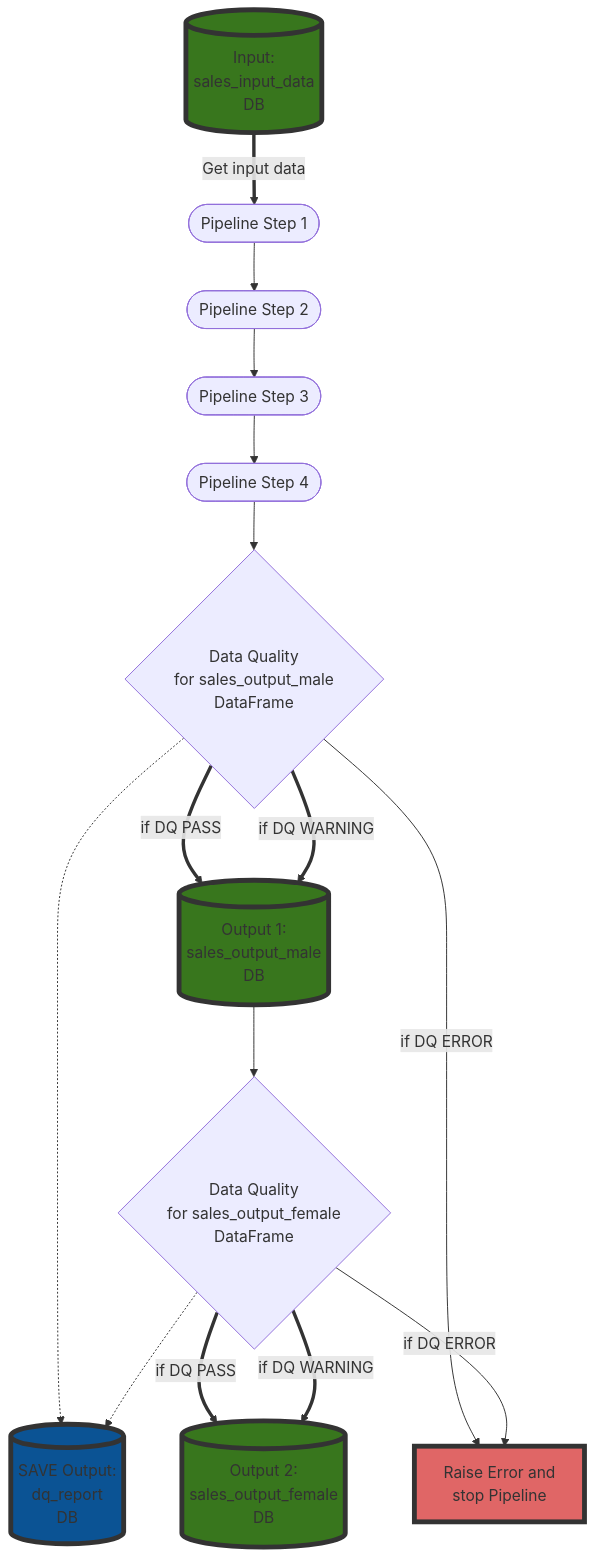
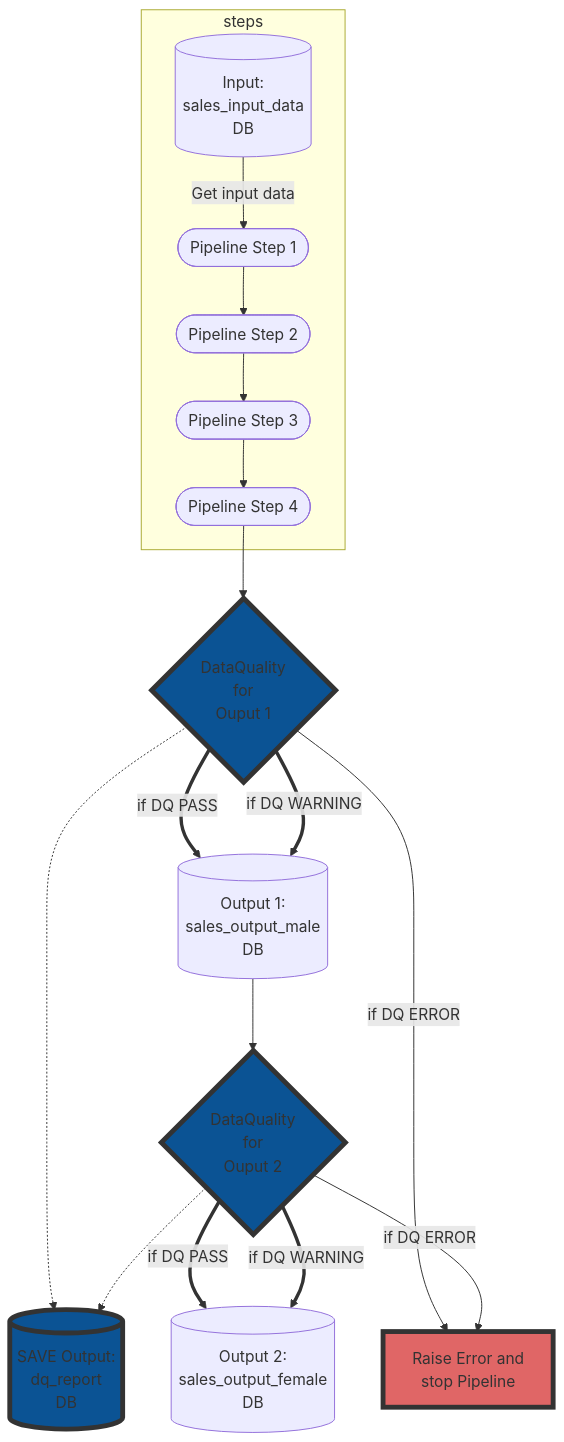
Before and after one commit to kravchenkog/dq_integration_example: the second of 2 diagrams in README.md, drawn with Mermaid.

````diff
--- a/README.md
+++ b/README.md
@@ -242,25 +242,26 @@
 ```mermaid
-flowchart TD
-    style A fill:#38761d,stroke:#333,stroke-width:5px
-    style J fill:#38761d,stroke:#333,stroke-width:5px
-    style G fill:#38761d,stroke:#333,stroke-width:5px
+flowchart TB
+
     style M fill:#0b5394,stroke:#333,stroke-width:5px
+    style I fill:#0b5394,stroke:#333,stroke-width:5px
+    style F fill:#0b5394,stroke:#333,stroke-width:5px
     style H fill:#e06666,stroke:#333,stroke-width:5px
     
-    A[(Input: </br>sales_input_data </br>DB)] ==>|Get input data| B(Go shopping)
+    subgraph steps
+    A[(Input: </br>sales_input_data </br>DB)] -->|Get input data| B(Go shopping)   
     B([Pipeline Step 1]) --> C([Pipeline Step 2])
     C --> D([Pipeline Step 3])
     D --> E([Pipeline Step 4])
-    E --> F{Data Quality </br> for sales_output_male </br> DataFrame}
+    end
+    E --> F{DataQuality </br> for </br> Ouput 1}
     F-.-> M[(SAVE Output: </br> dq_report </br> DB)]
-    F ==> |if DQ PASS| G[(Output 1: </br> sales_output_male </br>DB)]
-    F --> |if DQ ERROR| H[Raise Error and </br>stop Pipeline]
-    F ==> |if DQ WARNING| G
+    F ==> |if DQ PASS| G[(Output 1: </br> sales_output_male </br>DB)]    
+    F ==> |if DQ WARNING| G 
     
-    
-    G --> I{Data Quality </br> for sales_output_female </br> DataFrame}
+    G --> I{DataQuality </br> for </br> Ouput 2}
     I ==> |if DQ PASS| J[(Output 2: </br> sales_output_female </br>DB)]
-    I --> |if DQ ERROR| H
     I ==> |if DQ WARNING| J
     I -.-> M
+    F --> |if DQ ERROR| H[Raise Error and </br>stop Pipeline]
+    I --> |if DQ ERROR| H
 ```
````
